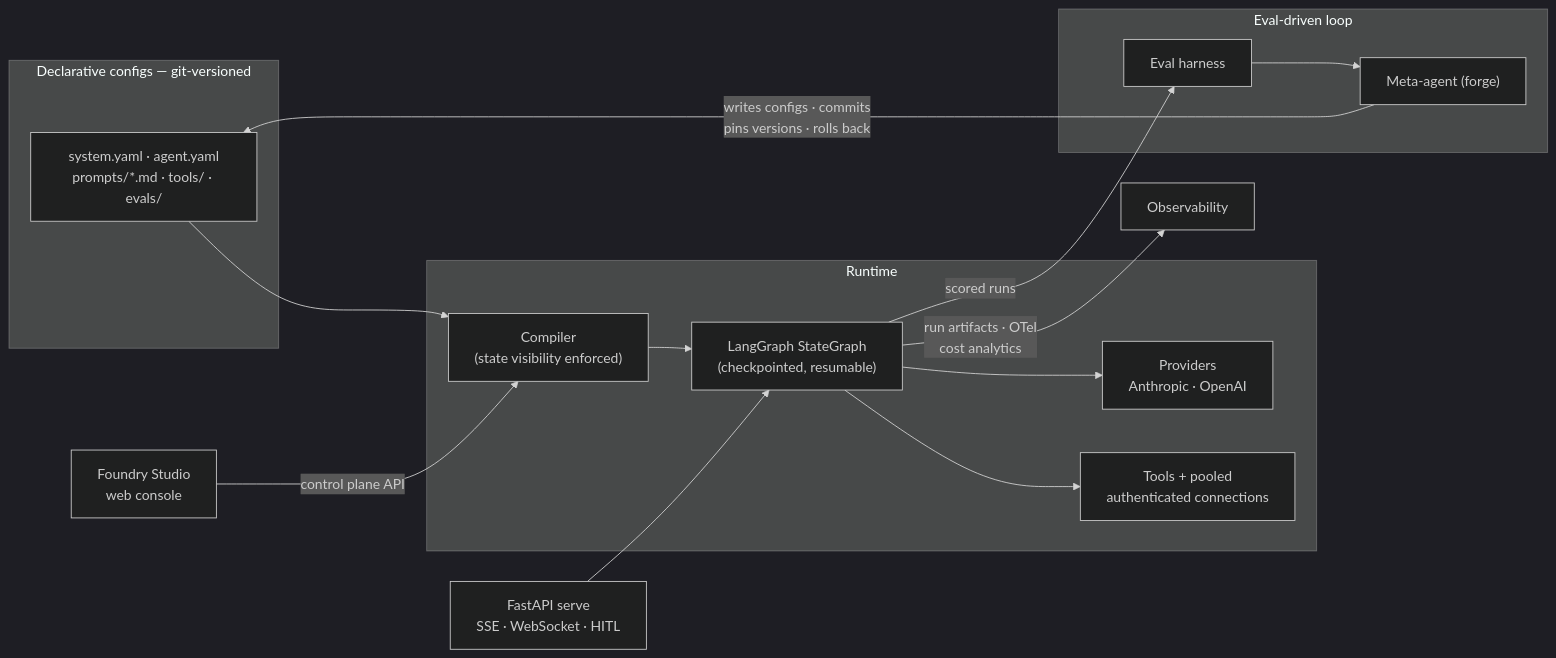
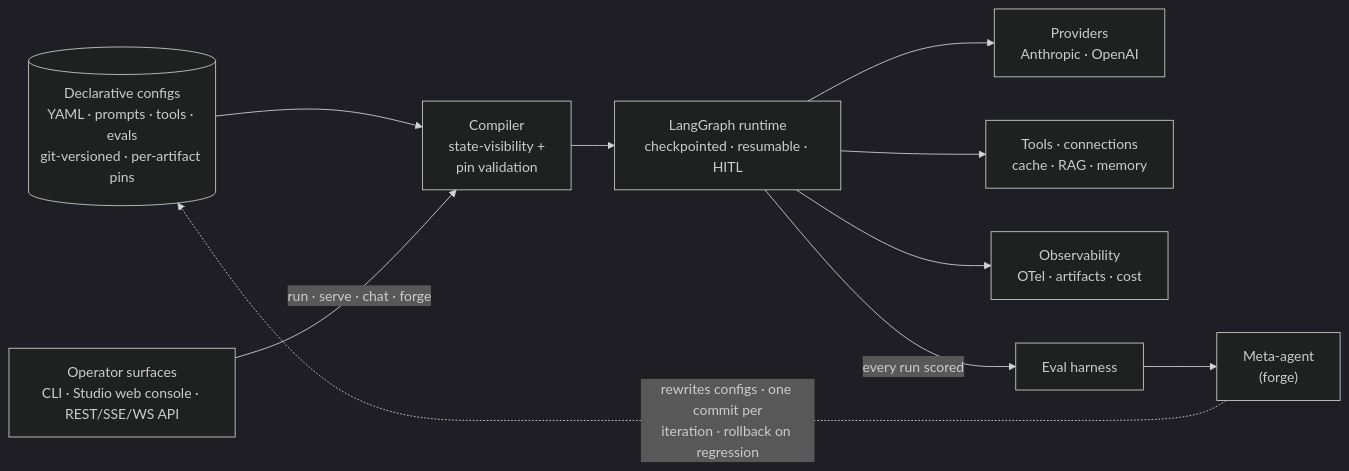
One commit to samueleldridge/agent-foundry changed the first of 2 diagrams in README.md. Above: the diagram before and after it, drawn with Mermaid (dark theme).

Commit message:
docs: clearer architecture diagram — pipeline left-to-right, forge loop explicit

````diff
--- a/README.md
+++ b/README.md
@@ -24,20 +24,12 @@
 ```mermaid
 flowchart LR
-  subgraph configs["Declarative configs — git-versioned"]
-    Y["system.yaml · agent.yaml<br/>prompts/*.md · tools/ · evals/"]
-  end
-  subgraph runtime["Runtime"]
-    C["Compiler<br/>(state visibility enforced)"] --> G["LangGraph StateGraph<br/>(checkpointed, resumable)"]
-    G --> P["Providers<br/>Anthropic · OpenAI"]
-    G --> T["Tools + pooled<br/>authenticated connections"]
-  end
-  Y --> C
-  subgraph loop["Eval-driven loop"]
-    E["Eval harness"] --> F["Meta-agent (forge)"]
-  end
-  F -->|"writes configs · commits<br/>pins versions · rolls back"| Y
-  G -->|"scored runs"| E
-  G -->|"run artifacts · OTel<br/>cost analytics"| O["Observability"]
-  ST["Foundry Studio<br/>web console"] -->|"control plane API"| C
-  API["FastAPI serve<br/>SSE · WebSocket · HITL"] --> G
+  Y[("Declarative configs<br/>YAML · prompts · tools · evals<br/>git-versioned · per-artifact pins")] --> C["Compiler<br/>state-visibility +<br/>pin validation"]
+  OP["Operator surfaces<br/>CLI · Studio web console · REST/SSE/WS API"] -->|"run · serve · chat · forge"| C
+  C --> G["LangGraph runtime<br/>checkpointed · resumable · HITL"]
+  G --> P["Providers<br/>Anthropic · OpenAI"]
+  G --> T["Tools · connections<br/>cache · RAG · memory"]
+  G --> OBS["Observability<br/>OTel · artifacts · cost"]
+  G -->|"every run scored"| E["Eval harness"]
+  E --> FG["Meta-agent<br/>(forge)"]
+  FG -.->|"rewrites configs · one commit per<br/>iteration · rollback on regression"| Y
 ```
````
